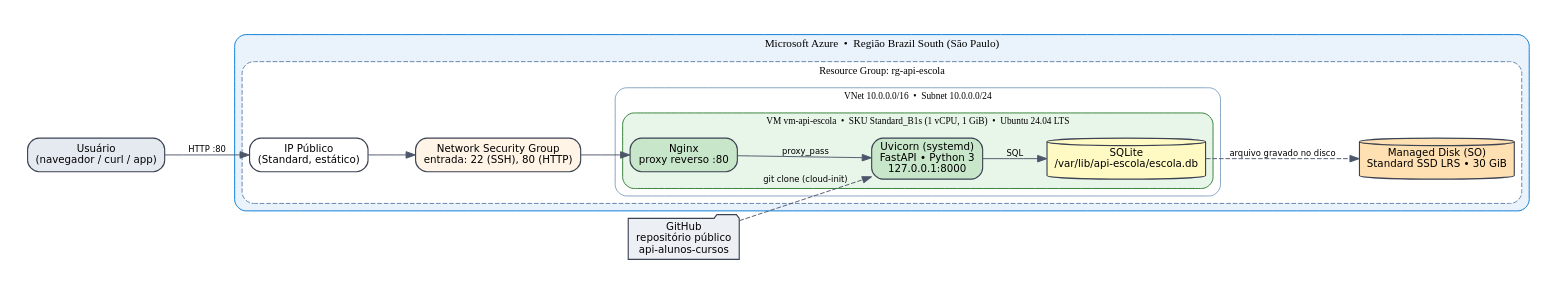
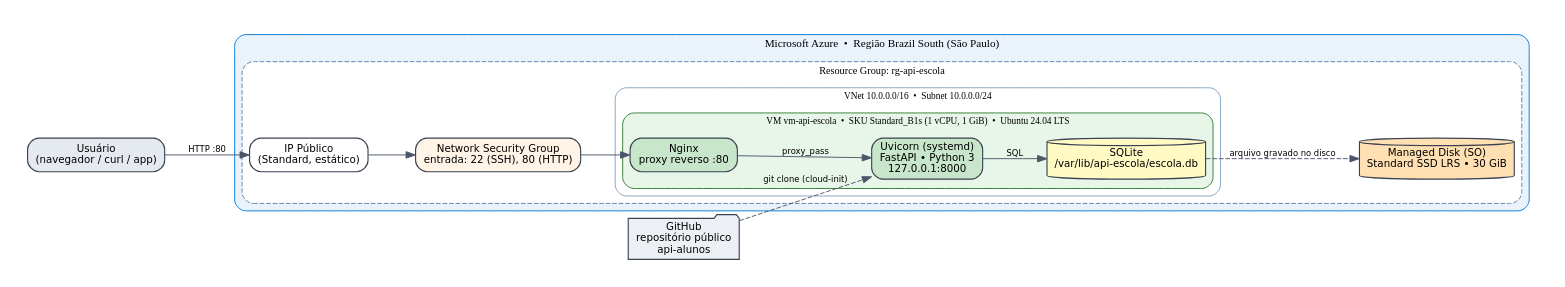
Before and after one commit to RenesFernandes7366/api-alunos: the diagram in docs/diagramas/arquitetura.dot, drawn with Graphviz. The commit also changed 7 other files, not shown here.

```diff
--- a/docs/diagramas/arquitetura.dot
+++ b/docs/diagramas/arquitetura.dot
@@ -1,27 +1,27 @@
 digraph G {
   rankdir=LR; bgcolor="white"; pad=0.3; nodesep=0.5; ranksep=0.7;
   node [shape=box style="rounded,filled" fontname="DejaVu Sans" fontsize=11 color="#3b4252" penwidth=1.2];
   edge [fontname="DejaVu Sans" fontsize=9 color="#4c566a"];
   user [label="Usuário\n(navegador / curl / app)" fillcolor="#e5e9f0"];
-  gh [label="GitHub\nrepositório público\napi-alunos-cursos" fillcolor="#eceff4" shape=folder];
+  gh [label="GitHub\nrepositório público\napi-alunos" fillcolor="#eceff4" shape=folder];
   subgraph cluster_az { label="Microsoft Azure  •  Região Brazil South (São Paulo)"; fontname="DejaVu Sans Bold"; fontsize=12; style="rounded,filled"; fillcolor="#eaf3fc"; color="#0078d4";
     subgraph cluster_rg { label="Resource Group: rg-api-escola"; style="rounded,dashed"; fillcolor="#f5f9fe"; color="#5e81ac"; fontsize=11;
       ip [label="IP Público\n(Standard, estático)" fillcolor="#ffffff"];
       nsg [label="Network Security Group\nentrada: 22 (SSH), 80 (HTTP)" fillcolor="#fff4e5"];
       subgraph cluster_vnet { label="VNet 10.0.0.0/16  •  Subnet 10.0.0.0/24"; style="rounded"; fillcolor="#ffffff"; color="#81a1c1"; fontsize=10;
         subgraph cluster_vm { label="VM vm-api-escola  •  SKU Standard_B1s (1 vCPU, 1 GiB)  •  Ubuntu 24.04 LTS"; style="rounded,filled"; fillcolor="#e8f5e9"; color="#2e7d32"; fontsize=10;
           nginx [label="Nginx\nproxy reverso :80" fillcolor="#c8e6c9"];
           uv [label="Uvicorn (systemd)\nFastAPI • Python 3\n127.0.0.1:8000" fillcolor="#c8e6c9"];
           db [label="SQLite\n/var/lib/api-escola/escola.db" shape=cylinder fillcolor="#fff9c4"];
         }
       }
       disk [label="Managed Disk (SO)\nStandard SSD LRS • 30 GiB" shape=cylinder fillcolor="#ffe0b2"];
     }
   }
   user -> ip [label="HTTP :80"];
   ip -> nsg -> nginx;
   nginx -> uv [label="proxy_pass"];
   uv -> db [label="SQL"];
   db -> disk [style=dashed label="arquivo gravado no disco"];
   gh -> uv [style=dashed label="git clone (cloud-init)"];
 }
```
